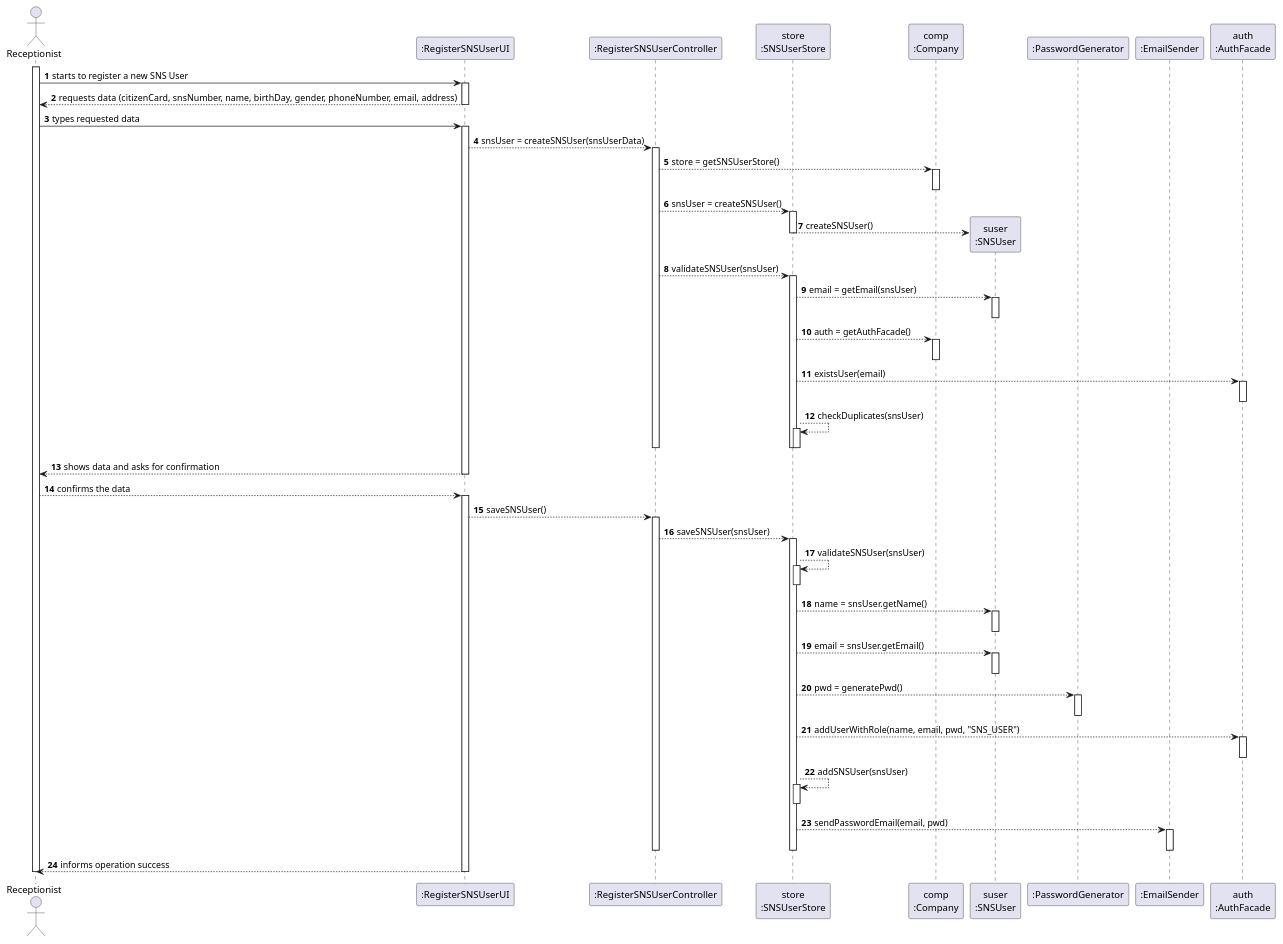
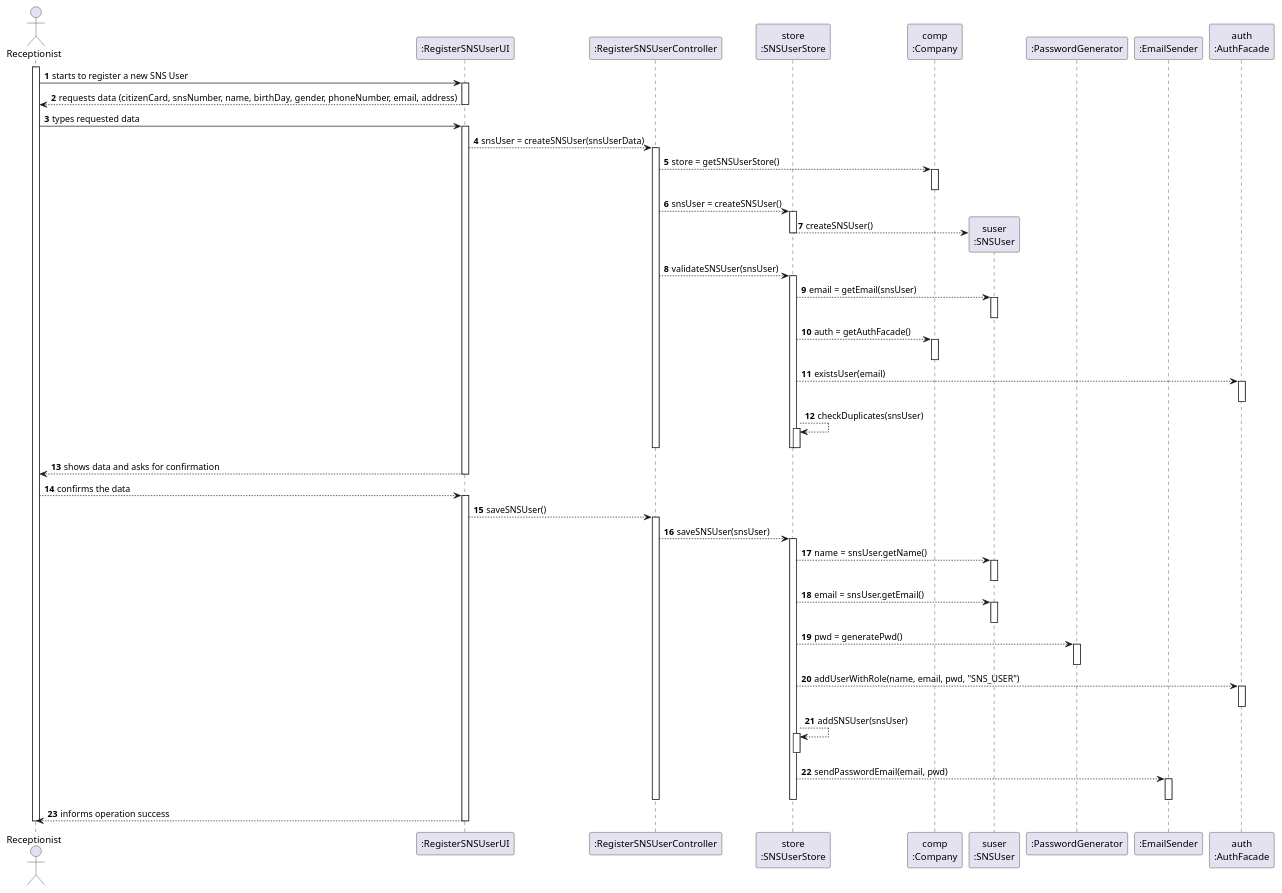
One commit to miseEnPlace-i/lapr2 changed the diagram in docs/SprintB/US03/SD/US03_SD.puml. Above: the diagram before and after it, drawn with PlantUML. The commit also changed 5 other files, not shown here.

Commit message:
feat(US03): update RegisterSNSUserUI; SNSUserStore

```diff
--- a/docs/SprintB/US03/SD/US03_SD.puml
+++ b/docs/SprintB/US03/SD/US03_SD.puml
@@ -1,113 +1,113 @@
 @startuml Sequence Diagram
 autonumber
 'hide footbox
 actor "Receptionist" as RECEPT
 
 participant ":RegisterSNSUserUI" as UI
 participant ":RegisterSNSUserController" as CTRL
 participant "store\n:SNSUserStore" as STORE
 participant "comp\n:Company" as COMP
 participant "suser\n:SNSUser" as SUSER
 participant ":PasswordGenerator" as PWDGEN
 participant ":EmailSender" as EMAIL
 participant "auth\n:AuthFacade" as AUTH
 
 activate RECEPT
 RECEPT -> UI : starts to register a new SNS User
 activate UI
 UI --> RECEPT : requests data (citizenCard, snsNumber, name, birthDay, gender, phoneNumber, email, address)
 deactivate UI
 
 RECEPT -> UI : types requested data
 activate UI
 
 UI --> CTRL : snsUser = createSNSUser(snsUserData)
 activate CTRL
 
 CTRL --> COMP : store = getSNSUserStore()
 activate COMP
 deactivate COMP
 
 CTRL --> STORE : snsUser = createSNSUser()
 activate STORE
 
 STORE --> SUSER** : createSNSUser()
 
 deactivate STORE
 
 CTRL --> STORE : validateSNSUser(snsUser)
 activate STORE
 
 STORE --> SUSER : email = getEmail(snsUser)
 activate SUSER
 deactivate SUSER
 
 STORE --> COMP : auth = getAuthFacade()
 activate COMP
 deactivate COMP
 
 STORE --> AUTH : existsUser(email)
 activate AUTH
 deactivate AUTH
 
 STORE --> STORE : checkDuplicates(snsUser)
 activate STORE
 deactivate STORE
 
 deactivate STORE
 deactivate CTRL
 
 UI --> RECEPT : shows data and asks for confirmation
 deactivate UI
 
 
 RECEPT --> UI : confirms the data
 activate UI
 
 UI --> CTRL : saveSNSUser()
 activate CTRL
 
 CTRL --> STORE : saveSNSUser(snsUser)
 activate STORE
 
-STORE --> STORE : validateSNSUser(snsUser)
-activate STORE
-deactivate STORE
+' STORE --> STORE : validateSNSUser(snsUser)
+' activate STORE
+' deactivate STORE
 
 STORE --> SUSER : name = snsUser.getName()
 activate SUSER
 deactivate SUSER
 
 STORE --> SUSER : email = snsUser.getEmail()
 activate SUSER
 deactivate SUSER
 
 STORE --> PWDGEN : pwd = generatePwd()
 activate PWDGEN
 deactivate PWDGEN
 
 ' STORE --> COMP : auth = getAuthFacade()
 ' activate COMP
 ' deactivate COMP
 
 STORE --> AUTH : addUserWithRole(name, email, pwd, "SNS_USER")
 activate AUTH
 deactivate AUTH
 
 STORE --> STORE : addSNSUser(snsUser)
 activate STORE
 deactivate STORE
 
 STORE --> EMAIL : sendPasswordEmail(email, pwd)
 activate EMAIL
 deactivate EMAIL
 
 deactivate STORE
 deactivate CTRL
 
 UI --> RECEPT : informs operation success
 deactivate UI
 
 deactivate RECEPT
 
 @enduml
```
